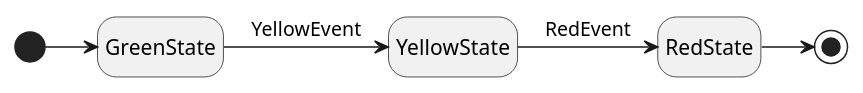
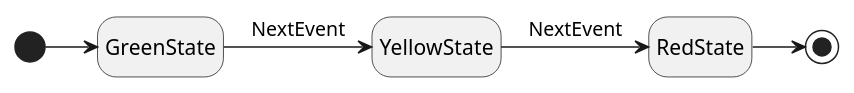
The diagram in doc/diagrams/finishing-traffic-light.plantuml (KStateMachine/kstatemachine), drawn with PlantUML before and after one commit. The commit also changed 3 other files, not shown here.

```diff
--- a/doc/diagrams/finishing-traffic-light.plantuml
+++ b/doc/diagrams/finishing-traffic-light.plantuml
@@ -1,7 +1,7 @@
 @startuml
 hide empty description
 [*] -> GreenState
-GreenState -> YellowState : YellowEvent
-YellowState -> RedState : RedEvent
+GreenState -> YellowState : NextEvent
+YellowState -> RedState : NextEvent
 RedState -> [*]
-@enduml 
+@enduml
```
